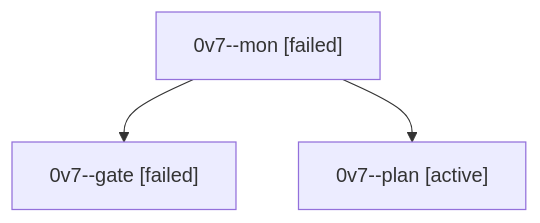
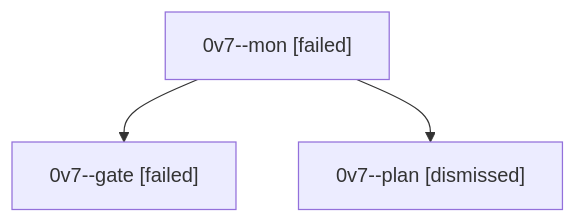
Before and after one commit to bobs-org/bob-cli--agents: the diagram in sessions/bbugyi200.athena.0v7.md, drawn with Mermaid. The commit also changed other lines of this file and 33 other files, not shown here.

````diff
--- a/sessions/bbugyi200.athena.0v7.md
+++ b/sessions/bbugyi200.athena.0v7.md
@@ -9,8 +9,8 @@
 ```mermaid
 flowchart TD
   n0["0v7--mon [failed]"]
   n1["0v7--gate [failed]"]
   n0 --> n1
-  n2["0v7--plan [active]"]
+  n2["0v7--plan [dismissed]"]
   n0 --> n2
 ```
````
